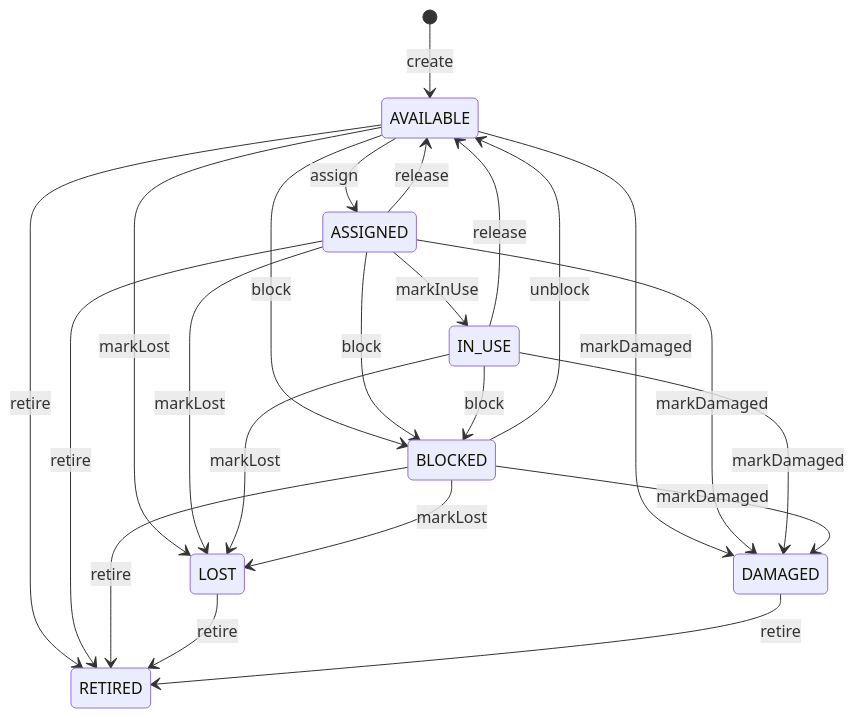
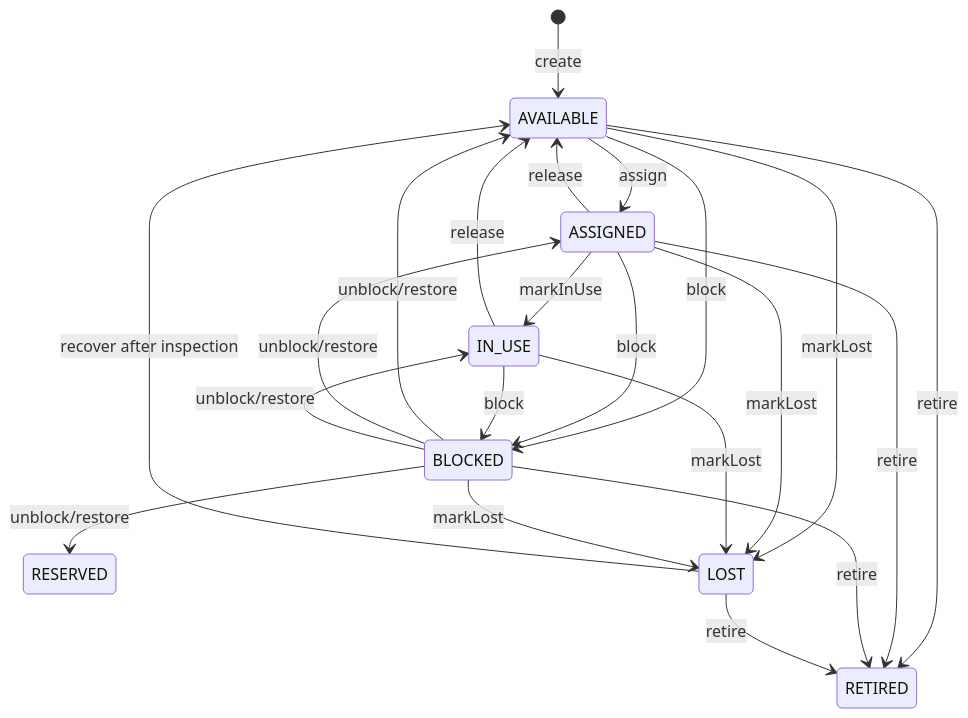
One commit to baoan1909/vehicle-management-project changed the diagram in vehicle-management-backend/vehicle-management/docs/clean-architecture-guide.md. Above: the diagram before and after it, drawn with Mermaid. The commit also changed other lines of this file and 31 other files, not shown here.

````diff
--- a/vehicle-management-backend/vehicle-management/docs/clean-architecture-guide.md
+++ b/vehicle-management-backend/vehicle-management/docs/clean-architecture-guide.md
@@ -349,30 +348,28 @@
 ```mermaid
 stateDiagram-v2
     [*] --> AVAILABLE : create
     AVAILABLE --> ASSIGNED : assign
     ASSIGNED --> IN_USE : markInUse
 
     ASSIGNED --> AVAILABLE : release
     IN_USE --> AVAILABLE : release
-    BLOCKED --> AVAILABLE : unblock
+    BLOCKED --> AVAILABLE : unblock/restore
+    BLOCKED --> RESERVED : unblock/restore
+    BLOCKED --> ASSIGNED : unblock/restore
+    BLOCKED --> IN_USE : unblock/restore
 
     AVAILABLE --> BLOCKED : block
     ASSIGNED --> BLOCKED : block
     IN_USE --> BLOCKED : block
 
     AVAILABLE --> LOST : markLost
     ASSIGNED --> LOST : markLost
     IN_USE --> LOST : markLost
     BLOCKED --> LOST : markLost
 
-    AVAILABLE --> DAMAGED : markDamaged
-    ASSIGNED --> DAMAGED : markDamaged
-    IN_USE --> DAMAGED : markDamaged
-    BLOCKED --> DAMAGED : markDamaged
-
     AVAILABLE --> RETIRED : retire
     ASSIGNED --> RETIRED : retire
     BLOCKED --> RETIRED : retire
     LOST --> RETIRED : retire
-    DAMAGED --> RETIRED : retire
+    LOST --> AVAILABLE : recover after inspection
 ```
````
